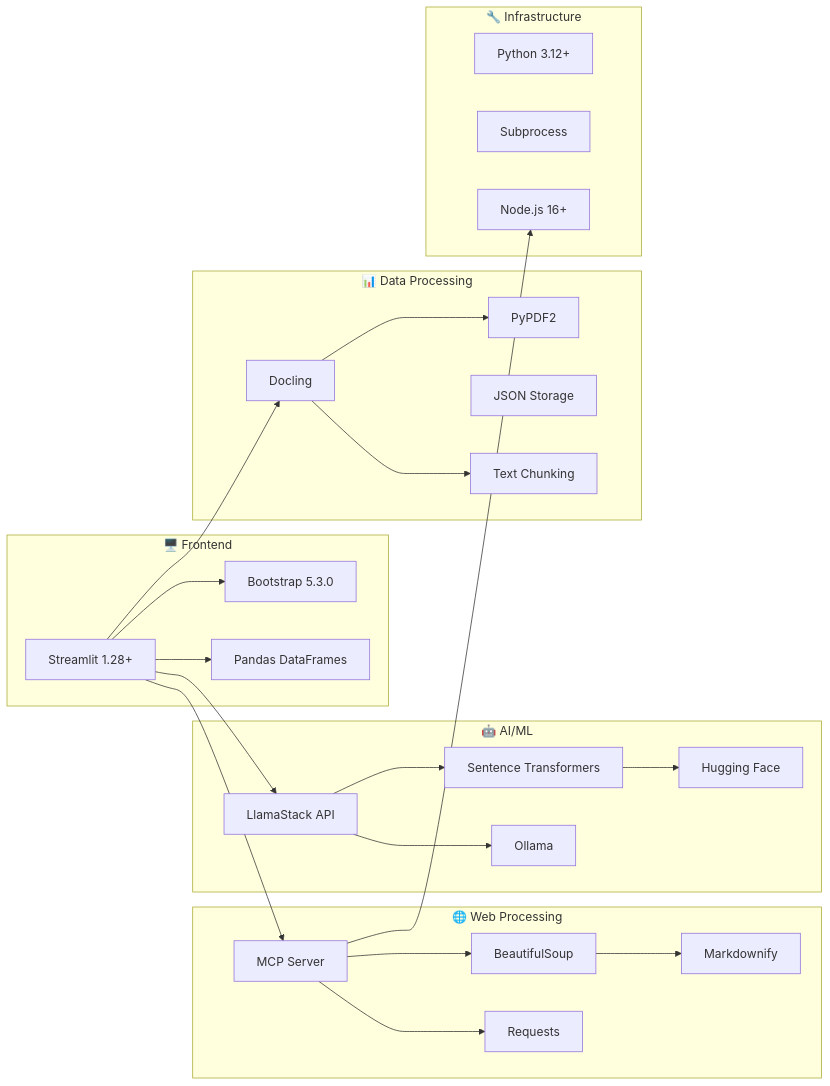
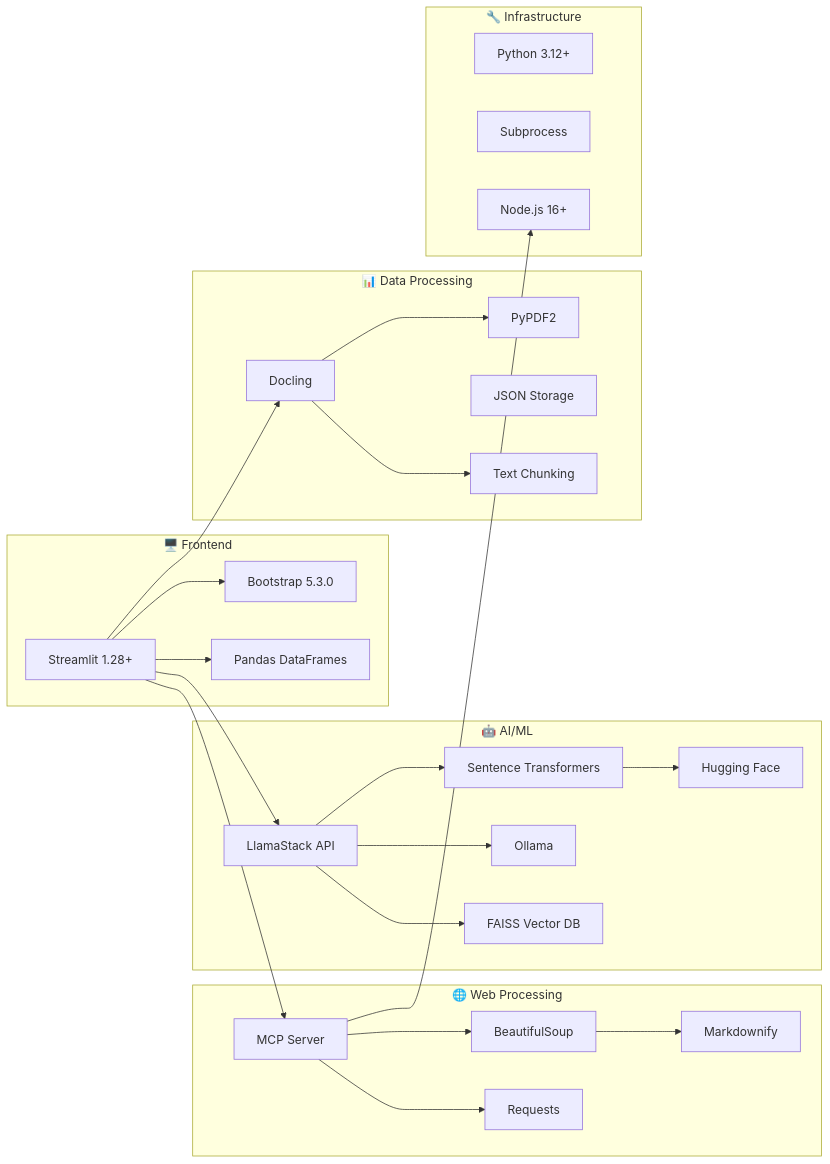
The second of 3 diagrams in README.md (abhijeet-dhumal/llama-stack-rag), drawn with Mermaid before and after one commit. The commit also changed other lines of this file and 26 other files, not shown here.

Commit message:
Add InMemory & Faiss VectorIO integrations

````diff
--- a/README.md
+++ b/README.md
@@ -168,50 +195,52 @@
 ```mermaid
 graph LR
     subgraph "🖥️ Frontend"
         ST[Streamlit 1.28+]
         CSS[Bootstrap 5.3.0]
         PD[Pandas DataFrames]
     end
     
     subgraph "🌐 Web Processing"
         MCP[MCP Server]
         BS[BeautifulSoup]
         REQ[Requests]
         MD[Markdownify]
     end
     
     subgraph "🤖 AI/ML"
         LS[LlamaStack API]
         ST_EMB[Sentence Transformers]
         OL[Ollama]
         HF[Hugging Face]
+        FAISS[FAISS Vector DB]
     end
     
     subgraph "📊 Data Processing"
         DOC[Docling]
         PDF[PyPDF2]
         JSON[JSON Storage]
         CHUNK[Text Chunking]
     end
     
     subgraph "🔧 Infrastructure"
         PY[Python 3.12+]
         SUB[Subprocess]
         NODE[Node.js 16+]
     end
     
     ST --> LS
     ST --> CSS
     ST --> PD
     ST --> MCP
     MCP --> BS
     MCP --> REQ
     BS --> MD
     LS --> ST_EMB
     LS --> OL
+    LS --> FAISS
     ST_EMB --> HF
     DOC --> PDF
     DOC --> CHUNK
     ST --> DOC
     MCP --> NODE
 ```
````
